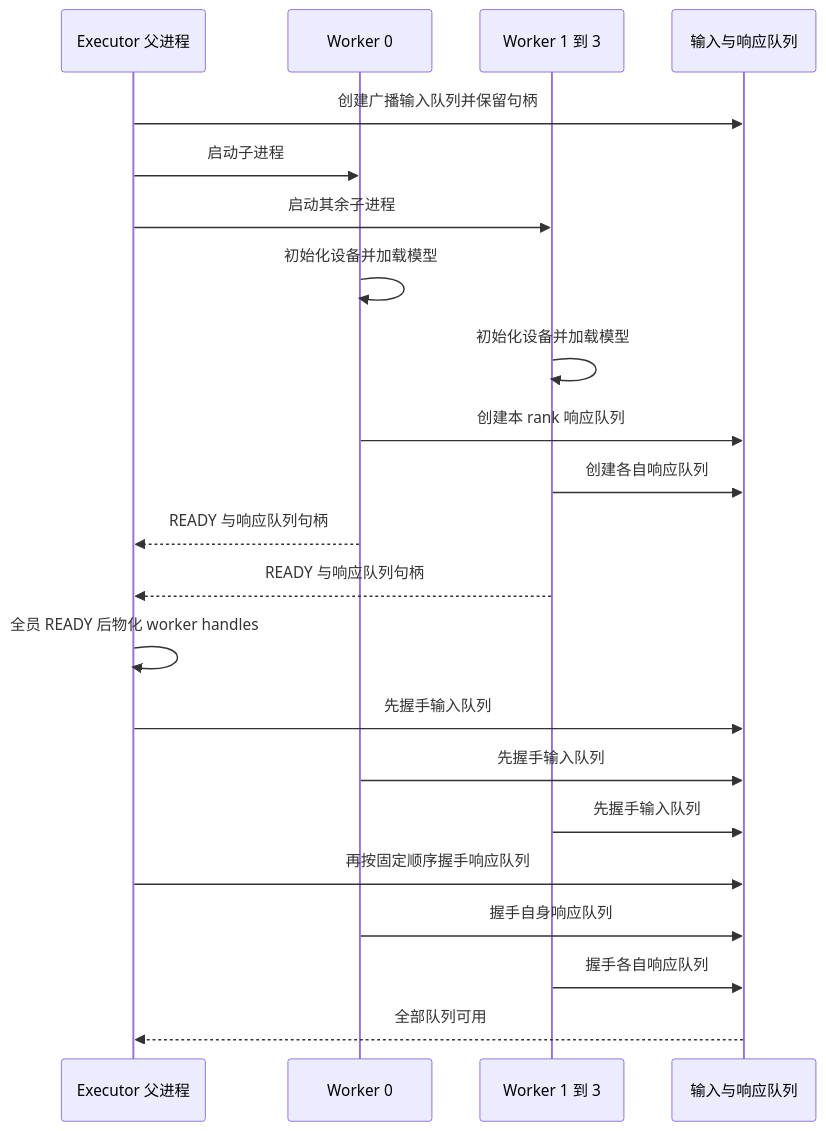
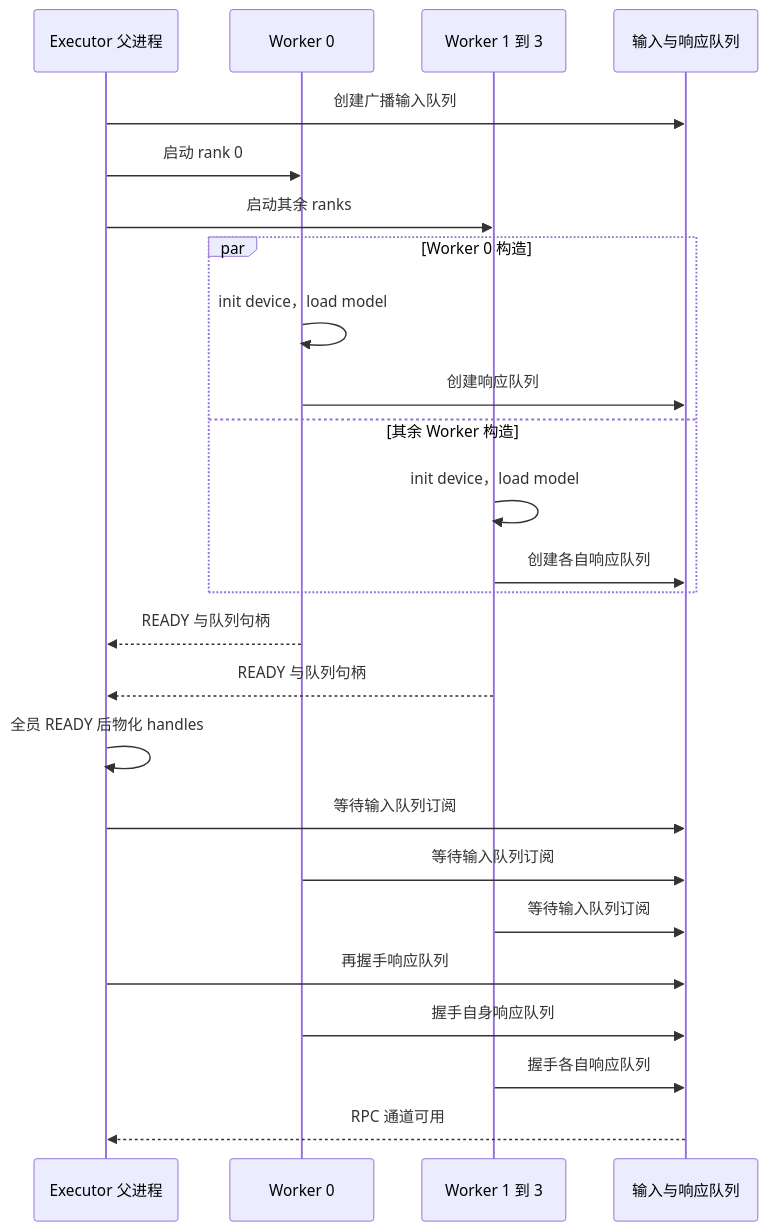
The first of 4 diagrams in wiki/02_engineering/03_infer_frameworks/vllm/26_vllm_multiproc_executor_rpc_deepdive.md (suhaibo666/llm-knowledge), drawn with Mermaid before and after one commit. The commit also changed other lines of this file and 11 other files, not shown here.

````diff
--- a/wiki/02_engineering/03_infer_frameworks/vllm/26_vllm_multiproc_executor_rpc_deepdive.md
+++ b/wiki/02_engineering/03_infer_frameworks/vllm/26_vllm_multiproc_executor_rpc_deepdive.md
@@ -49,24 +80,27 @@
 ```mermaid
 sequenceDiagram
     participant E as Executor 父进程
     participant W0 as Worker 0
-    participant W3 as Worker 1 到 3
+    participant WX as Worker 1 到 3
     participant Q as 输入与响应队列
-    E->>Q: 创建广播输入队列并保留句柄
-    E->>W0: 启动子进程
-    E->>W3: 启动其余子进程
-    W0->>W0: 初始化设备并加载模型
-    W3->>W3: 初始化设备并加载模型
-    W0->>Q: 创建本 rank 响应队列
-    W3->>Q: 创建各自响应队列
-    W0-->>E: READY 与响应队列句柄
-    W3-->>E: READY 与响应队列句柄
-    E->>E: 全员 READY 后物化 worker handles
-    E->>Q: 先握手输入队列
-    W0->>Q: 先握手输入队列
-    W3->>Q: 先握手输入队列
-    E->>Q: 再按固定顺序握手响应队列
+    E->>Q: 创建广播输入队列
+    E->>W0: 启动 rank 0
+    E->>WX: 启动其余 ranks
+    par Worker 0 构造
+        W0->>W0: init device，load model
+        W0->>Q: 创建响应队列
+    and 其余 Worker 构造
+        WX->>WX: init device，load model
+        WX->>Q: 创建各自响应队列
+    end
+    W0-->>E: READY 与队列句柄
+    WX-->>E: READY 与队列句柄
+    E->>E: 全员 READY 后物化 handles
+    E->>Q: 等待输入队列订阅
+    W0->>Q: 等待输入队列订阅
+    WX->>Q: 等待输入队列订阅
+    E->>Q: 再握手响应队列
     W0->>Q: 握手自身响应队列
-    W3->>Q: 握手各自响应队列
-    Q-->>E: 全部队列可用
+    WX->>Q: 握手各自响应队列
+    Q-->>E: RPC 通道可用
 ```
````
